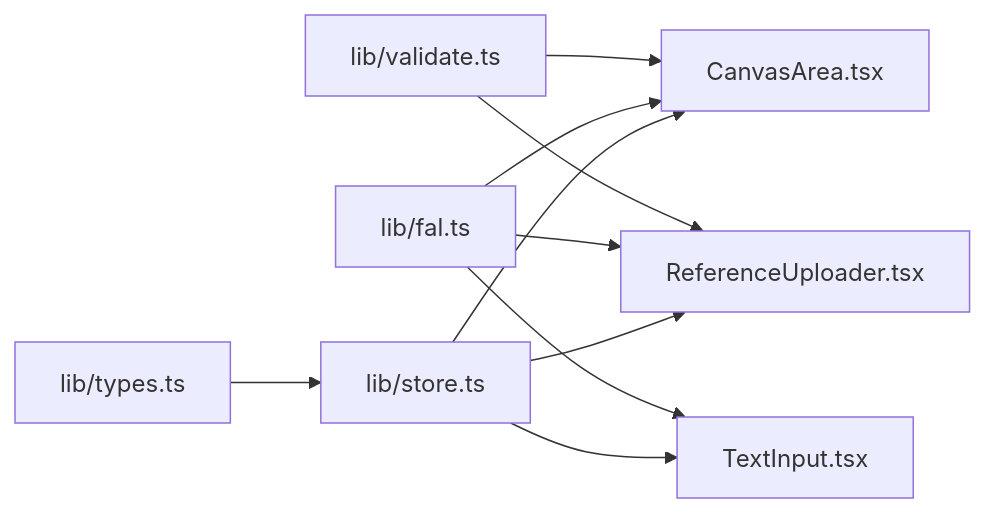
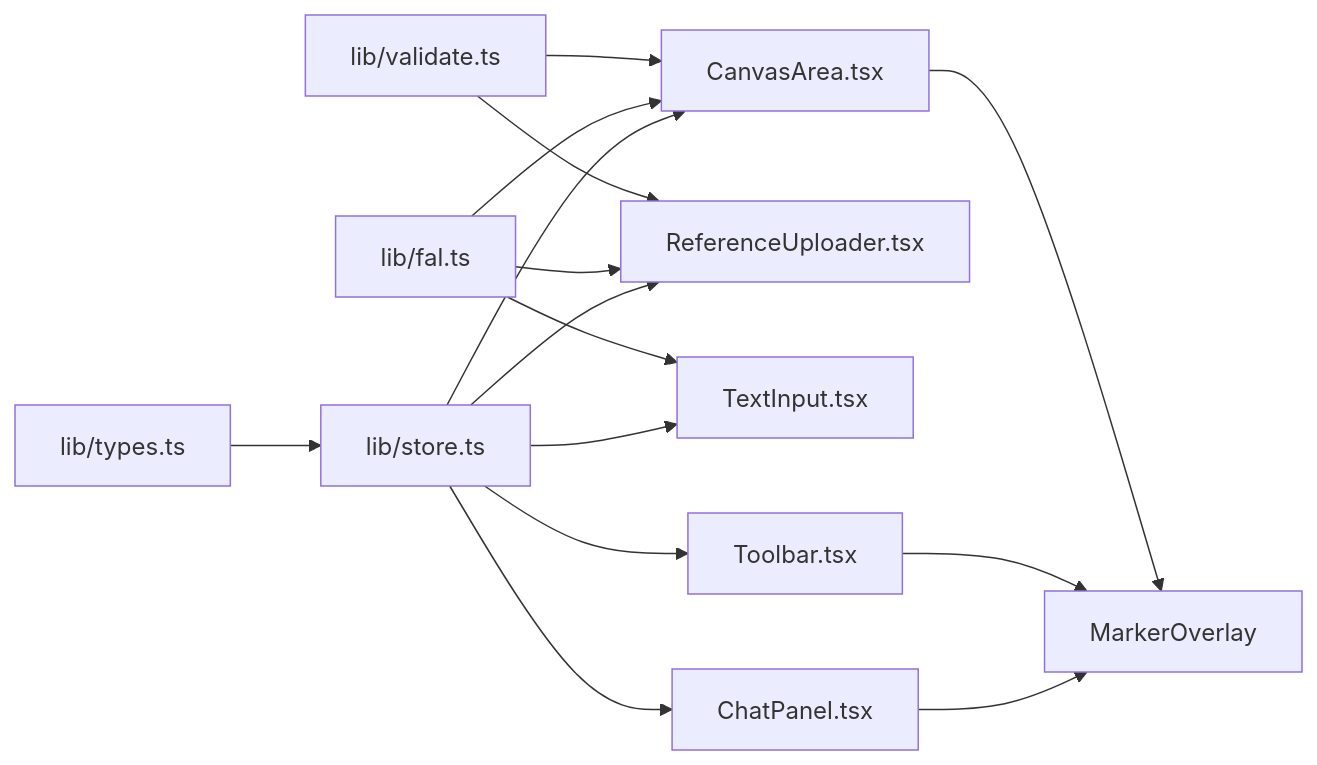
One commit to billye220670/BananaFlow2 changed the eighth of 8 diagrams in .qoder/repowiki/zh/content/数据模型.md. Above: the diagram before and after it, drawn with Mermaid. The commit also changed other lines of this file and 10 other files, not shown here.

````diff
--- a/.qoder/repowiki/zh/content/数据模型.md
+++ b/.qoder/repowiki/zh/content/数据模型.md
@@ -402,12 +532,17 @@
 ```mermaid
 graph LR
 Types["lib/types.ts"] --> Store["lib/store.ts"]
 Validate["lib/validate.ts"] --> Canvas["CanvasArea.tsx"]
 Validate --> RefUp["ReferenceUploader.tsx"]
 FAL["lib/fal.ts"] --> Canvas
 FAL --> RefUp
 FAL --> Text["TextInput.tsx"]
 Store --> Canvas
 Store --> RefUp
 Store --> Text
+Store --> Toolbar["Toolbar.tsx"]
+Store --> ChatPanel["ChatPanel.tsx"]
+Canvas --> MarkerOverlay["MarkerOverlay"]
+Toolbar --> MarkerOverlay
+ChatPanel --> MarkerOverlay
 ```
````
